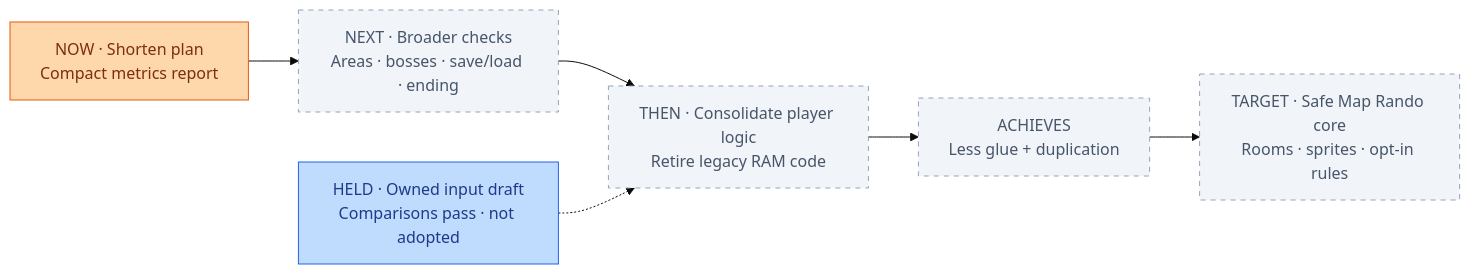
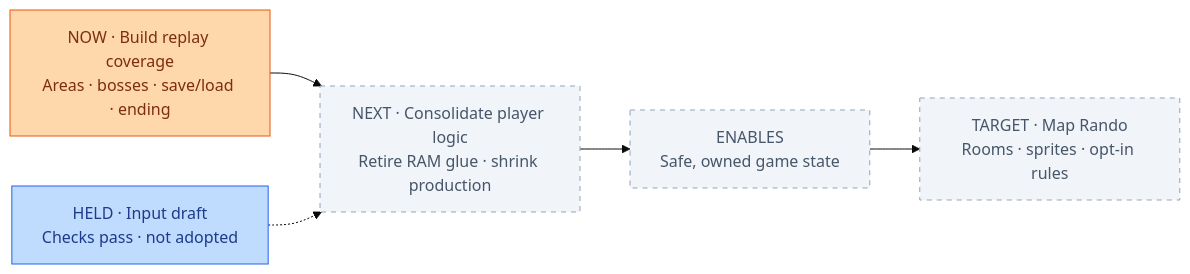
The diagram in PROGRESS.md (JimLundin/sm-decomp), drawn with Mermaid (base theme) before and after one commit. The commit also changed other lines of this file and 3 other files, not shown here.

````diff
--- a/PROGRESS.md
+++ b/PROGRESS.md
@@ -3,14 +3,13 @@
 ```mermaid
 flowchart LR
-    NOW["NOW · Shorten plan<br/>Compact metrics report"]:::active
-    NEXT["NEXT · Broader checks<br/>Areas · bosses · save/load · ending"]:::pending
-    THEN["THEN · Consolidate player logic<br/>Retire legacy RAM code"]:::pending
-    GAIN["ACHIEVES<br/>Less glue + duplication"]:::pending
-    TARGET["TARGET · Safe Map Rando core<br/>Rooms · sprites · opt-in rules"]:::pending
-    HELD["HELD · Owned input draft<br/>Comparisons pass · not adopted"]:::draft
-    NOW --> NEXT --> THEN --> GAIN --> TARGET
-    HELD -.-> THEN
+    NOW["NOW · Build replay coverage<br/>Areas · bosses · save/load · ending"]:::active
+    NEXT["NEXT · Consolidate player logic<br/>Retire RAM glue · shrink production"]:::pending
+    GAIN["ENABLES<br/>Safe, owned game state"]:::pending
+    TARGET["TARGET · Map Rando<br/>Rooms · sprites · opt-in rules"]:::pending
+    HELD["HELD · Input draft<br/>Checks pass · not adopted"]:::draft
+    NOW --> NEXT --> GAIN --> TARGET
+    HELD -.-> NEXT
+    classDef active fill:#fed7aa,stroke:#ea580c,color:#7c2d12
     classDef draft fill:#bfdbfe,stroke:#2563eb,color:#1e3a8a
-    classDef active fill:#fed7aa,stroke:#ea580c,color:#7c2d12
     classDef pending fill:#f1f5f9,stroke:#94a3b8,color:#475569,stroke-dasharray:5 5
 ```
````
